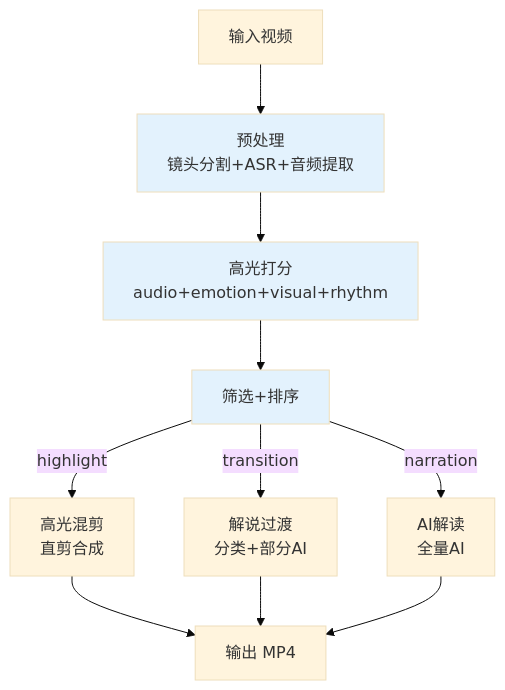
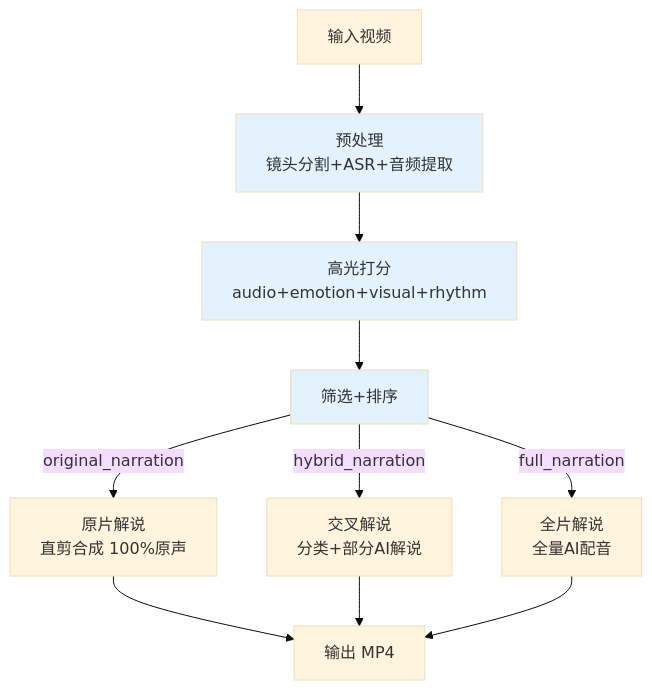
One commit to efarsoft/DramaClip changed the sixth of 6 diagrams in docs/Architecture_DramaClip.md. Above: the diagram before and after it, drawn with Mermaid (base theme). The commit also changed other lines of this file and 47 other files, not shown here.

````diff
--- a/docs/Architecture_DramaClip.md
+++ b/docs/Architecture_DramaClip.md
@@ -687,18 +687,18 @@
 ```mermaid
 flowchart TB
     INPUT[输入视频] --> PREPROCESS[预处理<br/>镜头分割+ASR+音频提取]
     PREPROCESS --> SCORING[高光打分<br/>audio+emotion+visual+rhythm]
     SCORING --> SELECT[筛选+排序]
 
-    SELECT --> |"highlight"| H[高光混剪<br/>直剪合成]
-    SELECT --> |"transition"| T[解说过渡<br/>分类+部分AI]
-    SELECT --> |"narration"| N[AI解读<br/>全量AI]
+    SELECT --> |"original_narration"| H[原片解说<br/>直剪合成 100%原声]
+    SELECT --> |"hybrid_narration"| T[交叉解说<br/>分类+部分AI解说]
+    SELECT --> |"full_narration"| N[全片解说<br/>全量AI配音]
 
     H --> OUT[输出 MP4]
     T --> OUT
     N --> OUT
 
     style PREPROCESS fill:#E3F2FD,color:#333
     style SCORING fill:#E3F2FD,color:#333
     style SELECT fill:#E3F2FD,color:#333
 ```
````
